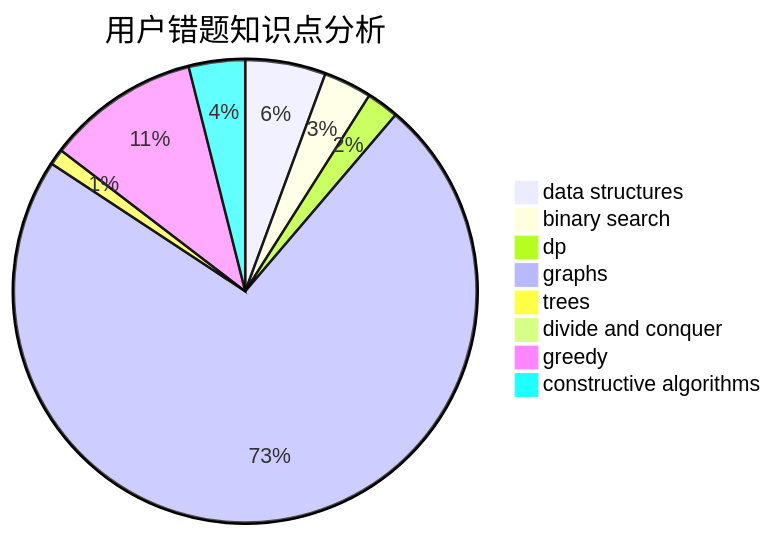
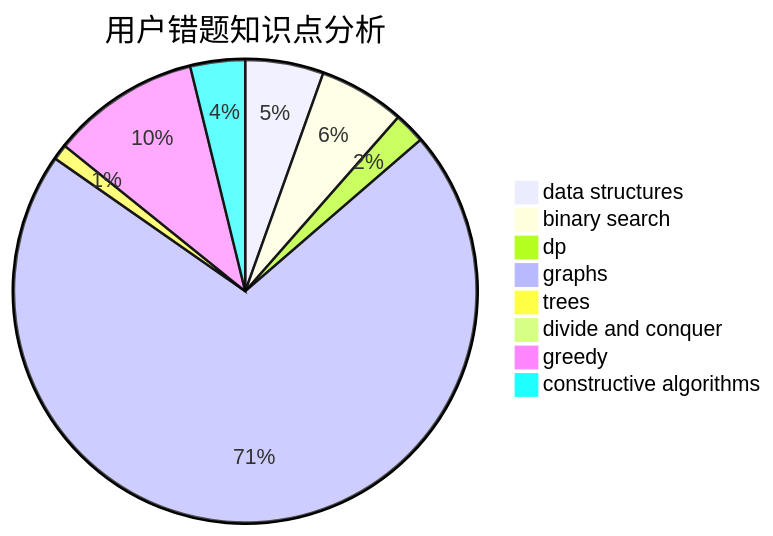
One commit to sherpahu/cfrs.github.io changed the third of 3 diagrams in docs/user/u252.md. Above: the diagram before and after it, drawn with Mermaid. The commit also changed other lines of this file and 2770 other files, not shown here.

````diff
--- a/docs/user/u252.md
+++ b/docs/user/u252.md
@@ -36,11 +36,11 @@
 ```mermaid
 pie title 用户错题知识点分析
     "data structures" :  10
-    "binary search" :  6
+    "binary search" :  11
     "dp" :  4
     "graphs" :  130
     "trees" :  2
     "divide and conquer" :  0
     "greedy" :  19
     "constructive algorithms" :  7
 ```
````
